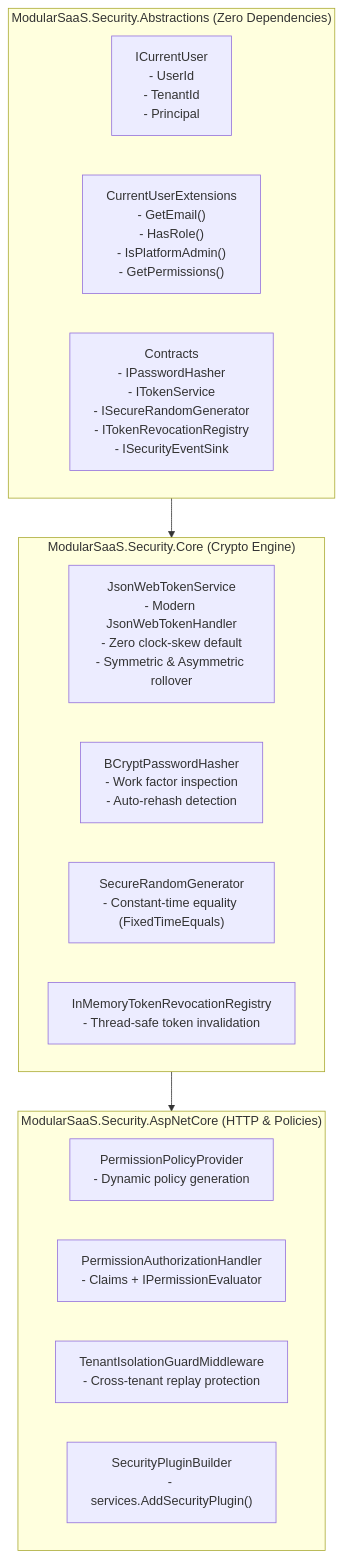
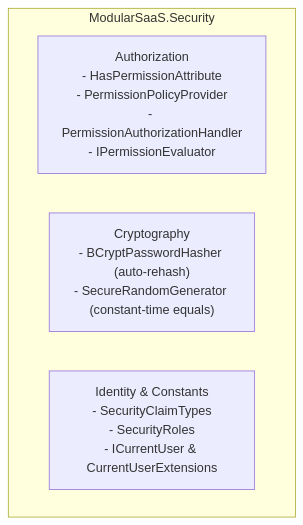
The fourth of 6 diagrams in ModularSaaS/ARCHITECTURE_OVERVIEW.md (AAQSOLS/Architectures), drawn with Mermaid before and after one commit. The commit also changed other lines of this file and 92 other files, not shown here.

````diff
--- a/ModularSaaS/ARCHITECTURE_OVERVIEW.md
+++ b/ModularSaaS/ARCHITECTURE_OVERVIEW.md
@@ -147,25 +147,8 @@
 ```mermaid
 flowchart TD
-    subgraph Abstractions["ModularSaaS.Security.Abstractions (Zero Dependencies)"]
-        ICurrentUser["ICurrentUser<br/>- UserId<br/>- TenantId<br/>- Principal"]
-        CurrentUserExt["CurrentUserExtensions<br/>- GetEmail()<br/>- HasRole()<br/>- IsPlatformAdmin()<br/>- GetPermissions()"]
-        Contracts["Contracts<br/>- IPasswordHasher<br/>- ITokenService<br/>- ISecureRandomGenerator<br/>- ITokenRevocationRegistry<br/>- ISecurityEventSink"]
+    subgraph Security["ModularSaaS.Security"]
+        AuthZ["Authorization<br/>- HasPermissionAttribute<br/>- PermissionPolicyProvider<br/>- PermissionAuthorizationHandler<br/>- IPermissionEvaluator"]
+        Crypto["Cryptography<br/>- BCryptPasswordHasher (auto-rehash)<br/>- SecureRandomGenerator (constant-time equals)"]
+        Identity["Identity & Constants<br/>- SecurityClaimTypes<br/>- SecurityRoles<br/>- ICurrentUser & CurrentUserExtensions"]
     end
-
-    subgraph Core["ModularSaaS.Security.Core (Crypto Engine)"]
-        JwtService["JsonWebTokenService<br/>- Modern JsonWebTokenHandler<br/>- Zero clock-skew default<br/>- Symmetric & Asymmetric rollover"]
-        PasswordHasher["BCryptPasswordHasher<br/>- Work factor inspection<br/>- Auto-rehash detection"]
-        RandomGen["SecureRandomGenerator<br/>- Constant-time equality (FixedTimeEquals)"]
-        Revocation["InMemoryTokenRevocationRegistry<br/>- Thread-safe token invalidation"]
-    end
-
-    subgraph AspNetCore["ModularSaaS.Security.AspNetCore (HTTP & Policies)"]
-        PolicyProvider["PermissionPolicyProvider<br/>- Dynamic policy generation"]
-        AuthHandler["PermissionAuthorizationHandler<br/>- Claims + IPermissionEvaluator"]
-        TenantGuard["TenantIsolationGuardMiddleware<br/>- Cross-tenant replay protection"]
-        Builder["SecurityPluginBuilder<br/>- services.AddSecurityPlugin()"]
-    end
-
-    Abstractions --> Core
-    Core --> AspNetCore
 ```
````
